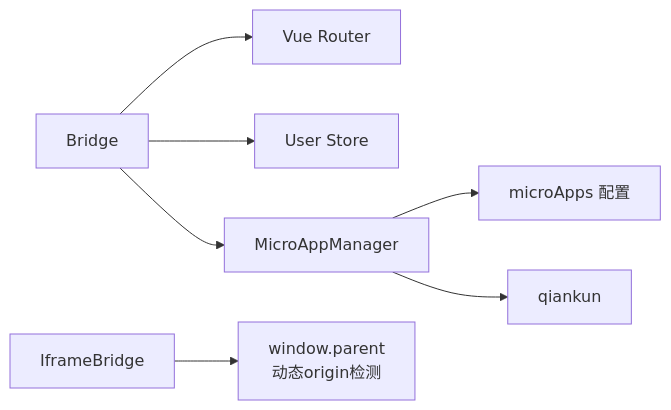
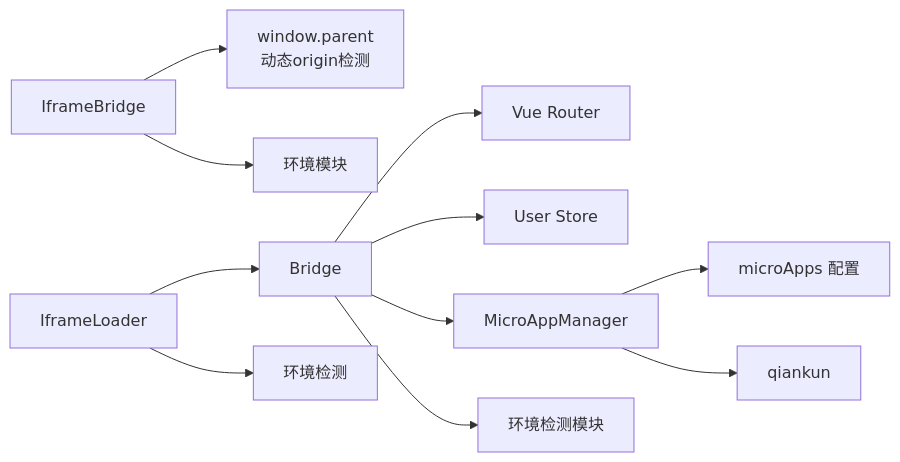
One commit to my-Sitara/artisan-base-frontend changed the ninth of 9 diagrams in .qoder/repowiki/zh/content/架构设计/通信架构.md. Above: the diagram before and after it, drawn with Mermaid. The commit also changed other lines of this file and 25 other files, not shown here.

````diff
--- a/.qoder/repowiki/zh/content/架构设计/通信架构.md
+++ b/.qoder/repowiki/zh/content/架构设计/通信架构.md
@@ -395,9 +483,13 @@
 ```mermaid
 graph LR
 Bridge["Bridge"] --> Router["Vue Router"]
 Bridge --> Store["User Store"]
 Bridge --> Manager["MicroAppManager"]
+Bridge --> Env["环境检测模块"]
 IframeBridge["IframeBridge"] --> Parent["window.parent<br/>动态origin检测"]
+IframeBridge --> EnvModule["环境模块"]
+IframeLoader["IframeLoader"] --> Bridge
+IframeLoader --> EnvDetect["环境检测"]
 Manager --> Config["microApps 配置"]
 Manager --> Qiankun["qiankun"]
 ```
````
